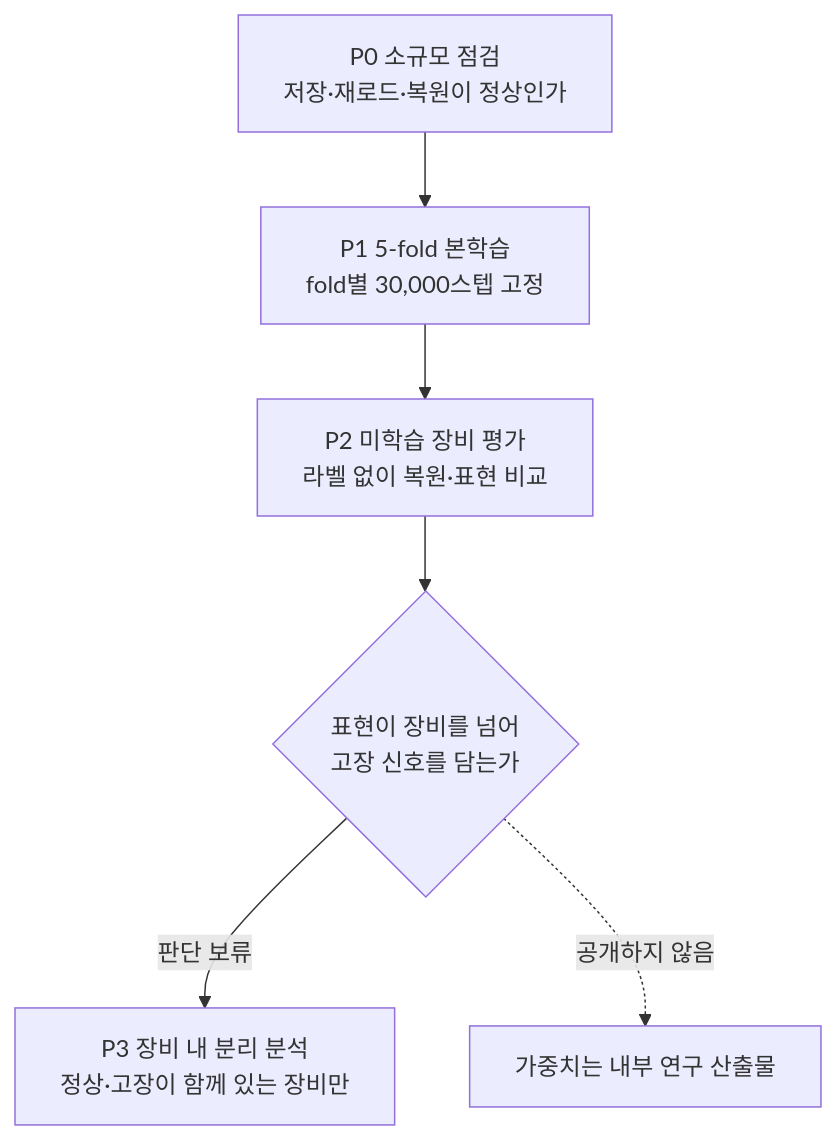
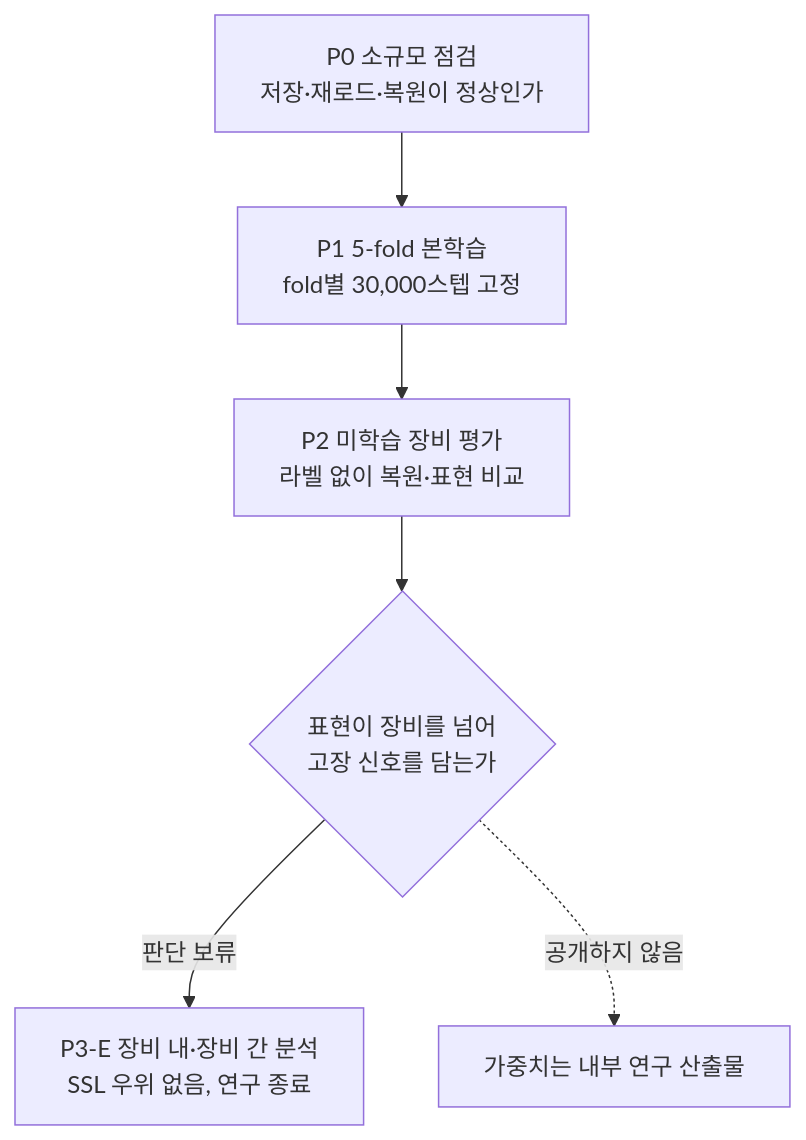
The diagram in _posts/ko/research/2026-11-08-current-ssl-device-shortcut.md (ThakiCloud/thakicloud.github.io), drawn with Mermaid before and after one commit. The commit also changed other lines of this file and 1 other file, not shown here.

First line of the commit message:
docs: Add P3-E final results to current SSL post

````diff
--- a/_posts/ko/research/2026-11-08-current-ssl-device-shortcut.md
+++ b/_posts/ko/research/2026-11-08-current-ssl-device-shortcut.md
@@ -51,8 +54,8 @@
 ```mermaid
 flowchart TB
     A["P0 소규모 점검<br/>저장·재로드·복원이 정상인가"] --> B["P1 5-fold 본학습<br/>fold별 30,000스텝 고정"]
     B --> C["P2 미학습 장비 평가<br/>라벨 없이 복원·표현 비교"]
     C --> D{"표현이 장비를 넘어<br/>고장 신호를 담는가"}
-    D -->|"판단 보류"| E["P3 장비 내 분리 분석<br/>정상·고장이 함께 있는 장비만"]
+    D -->|"판단 보류"| E["P3-E 장비 내·장비 간 분석<br/>SSL 우위 없음, 연구 종료"]
     D -.->|"공개하지 않음"| F["가중치는 내부 연구 산출물"]
 ```
````
